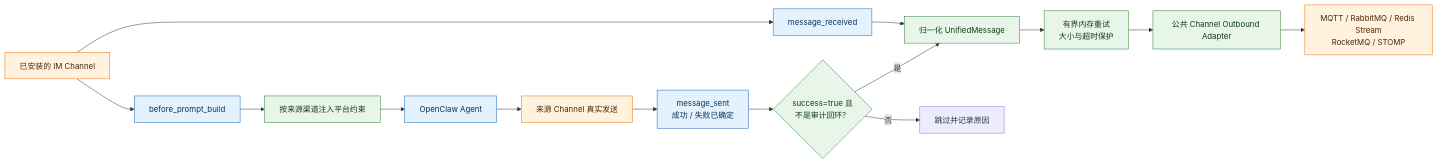
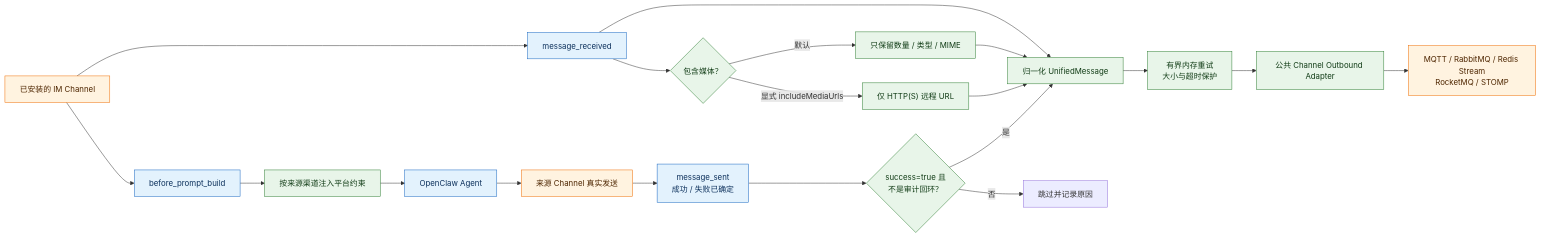
Before and after one commit to partme-ai/openclaw-plugins: the first of 3 diagrams in extensions/bridge/README.zh-CN.md, drawn with Mermaid. The commit also changed other lines of this file and 23 other files, not shown here.

````diff
--- a/extensions/bridge/README.zh-CN.md
+++ b/extensions/bridge/README.zh-CN.md
@@ -41,24 +44,29 @@
 ```mermaid
 flowchart LR
     IM["已安装的 IM Channel"] --> H1["before_prompt_build"]
     H1 --> C["按来源渠道注入平台约束"]
     C --> A["OpenClaw Agent"]
 
     IM --> H2["message_received"]
     A --> TX["来源 Channel 真实发送"]
     TX --> H3["message_sent<br/>成功 / 失败已确定"]
     H2 --> N["归一化 UnifiedMessage"]
+    H2 --> MEDIA{"包含媒体？"}
+    MEDIA -->|"默认"| SAFE["只保留数量 / 类型 / MIME"]
+    MEDIA -->|"显式 includeMediaUrls"| URL["仅 HTTP(S) 远程 URL"]
+    SAFE --> N
+    URL --> N
     H3 --> S{"success=true 且<br/>不是审计回环？"}
     S -->|"是"| N
     S -->|"否"| SKIP["跳过并记录原因"]
     N --> R["有界内存重试<br/>大小与超时保护"]
     R --> AD["公共 Channel Outbound Adapter"]
     AD --> MQ["MQTT / RabbitMQ / Redis Stream<br/>RocketMQ / STOMP"]
 
     classDef hook fill:#e3f2fd,stroke:#1565c0,color:#0d315c
     classDef bridge fill:#e8f5e9,stroke:#2e7d32,color:#123d17
     classDef external fill:#fff3e0,stroke:#ef6c00,color:#4e2600
     class H1,H2,H3,A hook
-    class C,N,R,AD,S bridge
+    class C,N,R,AD,S,MEDIA,SAFE,URL bridge
     class IM,TX,MQ external
 ```
````
